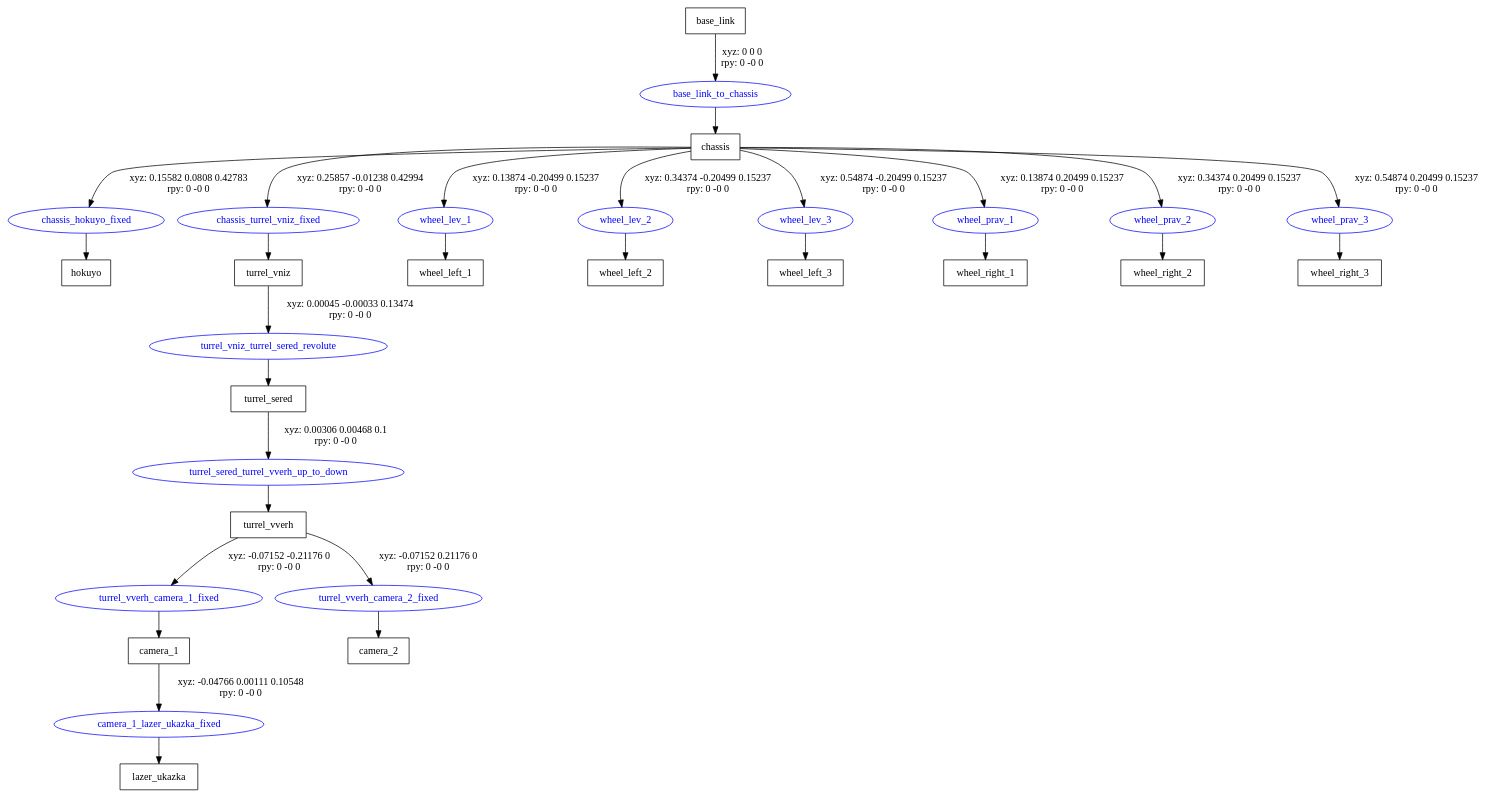
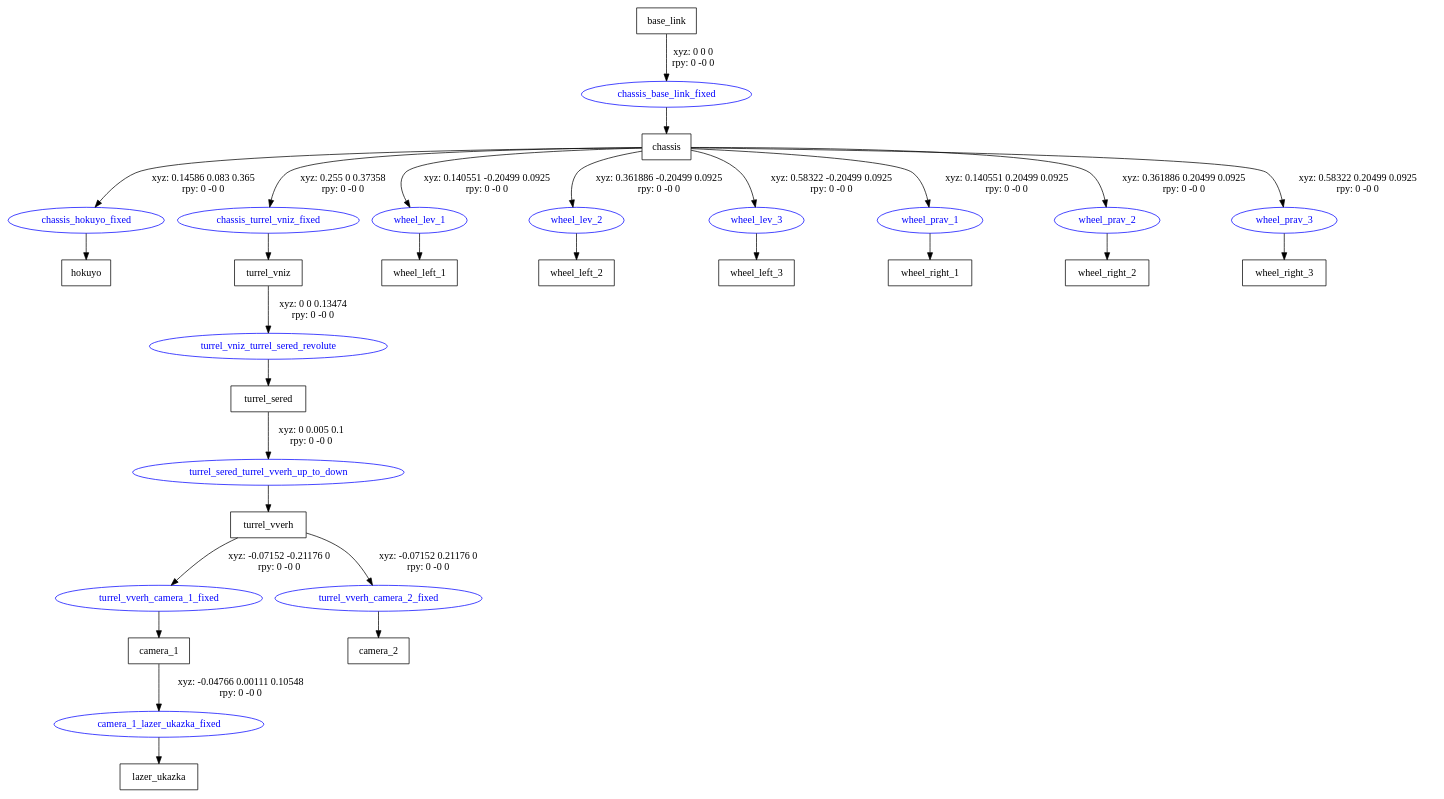
One commit to Lupasic/Plastun-Gazebo-ROS-URL changed the diagram in plastun_description/urdf/MRC_Plastun.gv. Above: the diagram before and after it, drawn with Graphviz. The commit also changed 13 other files, not shown here.

```diff
--- a/plastun_description/urdf/MRC_Plastun.gv
+++ b/plastun_description/urdf/MRC_Plastun.gv
@@ -1,47 +1,47 @@
 digraph G {
 node [shape=box];
 "base_link" [label="base_link"];
 "chassis" [label="chassis"];
 "hokuyo" [label="hokuyo"];
 "turrel_vniz" [label="turrel_vniz"];
 "turrel_sered" [label="turrel_sered"];
 "turrel_vverh" [label="turrel_vverh"];
 "camera_1" [label="camera_1"];
 "lazer_ukazka" [label="lazer_ukazka"];
 "camera_2" [label="camera_2"];
 "wheel_left_1" [label="wheel_left_1"];
 "wheel_left_2" [label="wheel_left_2"];
 "wheel_left_3" [label="wheel_left_3"];
 "wheel_right_1" [label="wheel_right_1"];
 "wheel_right_2" [label="wheel_right_2"];
 "wheel_right_3" [label="wheel_right_3"];
 node [shape=ellipse, color=blue, fontcolor=blue];
-"base_link" -> "base_link_to_chassis" [label="xyz: 0 0 0 \nrpy: 0 -0 0"]
-"base_link_to_chassis" -> "chassis"
-"chassis" -> "chassis_hokuyo_fixed" [label="xyz: 0.15582 0.0808 0.42783 \nrpy: 0 -0 0"]
+"base_link" -> "chassis_base_link_fixed" [label="xyz: 0 0 0 \nrpy: 0 -0 0"]
+"chassis_base_link_fixed" -> "chassis"
+"chassis" -> "chassis_hokuyo_fixed" [label="xyz: 0.14586 0.083 0.365 \nrpy: 0 -0 0"]
 "chassis_hokuyo_fixed" -> "hokuyo"
-"chassis" -> "chassis_turrel_vniz_fixed" [label="xyz: 0.25857 -0.01238 0.42994 \nrpy: 0 -0 0"]
+"chassis" -> "chassis_turrel_vniz_fixed" [label="xyz: 0.255 0 0.37358 \nrpy: 0 -0 0"]
 "chassis_turrel_vniz_fixed" -> "turrel_vniz"
-"turrel_vniz" -> "turrel_vniz_turrel_sered_revolute" [label="xyz: 0.00045 -0.00033 0.13474 \nrpy: 0 -0 0"]
+"turrel_vniz" -> "turrel_vniz_turrel_sered_revolute" [label="xyz: 0 0 0.13474 \nrpy: 0 -0 0"]
 "turrel_vniz_turrel_sered_revolute" -> "turrel_sered"
-"turrel_sered" -> "turrel_sered_turrel_vverh_up_to_down" [label="xyz: 0.00306 0.00468 0.1 \nrpy: 0 -0 0"]
+"turrel_sered" -> "turrel_sered_turrel_vverh_up_to_down" [label="xyz: 0 0.005 0.1 \nrpy: 0 -0 0"]
 "turrel_sered_turrel_vverh_up_to_down" -> "turrel_vverh"
 "turrel_vverh" -> "turrel_vverh_camera_1_fixed" [label="xyz: -0.07152 -0.21176 0 \nrpy: 0 -0 0"]
 "turrel_vverh_camera_1_fixed" -> "camera_1"
 "camera_1" -> "camera_1_lazer_ukazka_fixed" [label="xyz: -0.04766 0.00111 0.10548 \nrpy: 0 -0 0"]
 "camera_1_lazer_ukazka_fixed" -> "lazer_ukazka"
 "turrel_vverh" -> "turrel_vverh_camera_2_fixed" [label="xyz: -0.07152 0.21176 0 \nrpy: 0 -0 0"]
 "turrel_vverh_camera_2_fixed" -> "camera_2"
-"chassis" -> "wheel_lev_1" [label="xyz: 0.13874 -0.20499 0.15237 \nrpy: 0 -0 0"]
+"chassis" -> "wheel_lev_1" [label="xyz: 0.140551 -0.20499 0.0925 \nrpy: 0 -0 0"]
 "wheel_lev_1" -> "wheel_left_1"
-"chassis" -> "wheel_lev_2" [label="xyz: 0.34374 -0.20499 0.15237 \nrpy: 0 -0 0"]
+"chassis" -> "wheel_lev_2" [label="xyz: 0.361886 -0.20499 0.0925 \nrpy: 0 -0 0"]
 "wheel_lev_2" -> "wheel_left_2"
-"chassis" -> "wheel_lev_3" [label="xyz: 0.54874 -0.20499 0.15237 \nrpy: 0 -0 0"]
+"chassis" -> "wheel_lev_3" [label="xyz: 0.58322 -0.20499 0.0925 \nrpy: 0 -0 0"]
 "wheel_lev_3" -> "wheel_left_3"
-"chassis" -> "wheel_prav_1" [label="xyz: 0.13874 0.20499 0.15237 \nrpy: 0 -0 0"]
+"chassis" -> "wheel_prav_1" [label="xyz: 0.140551 0.20499 0.0925 \nrpy: 0 -0 0"]
 "wheel_prav_1" -> "wheel_right_1"
-"chassis" -> "wheel_prav_2" [label="xyz: 0.34374 0.20499 0.15237 \nrpy: 0 -0 0"]
+"chassis" -> "wheel_prav_2" [label="xyz: 0.361886 0.20499 0.0925 \nrpy: 0 -0 0"]
 "wheel_prav_2" -> "wheel_right_2"
-"chassis" -> "wheel_prav_3" [label="xyz: 0.54874 0.20499 0.15237 \nrpy: 0 -0 0"]
+"chassis" -> "wheel_prav_3" [label="xyz: 0.58322 0.20499 0.0925 \nrpy: 0 -0 0"]
 "wheel_prav_3" -> "wheel_right_3"
 }
```
